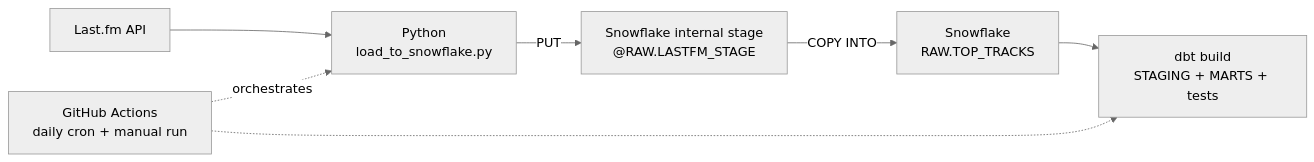
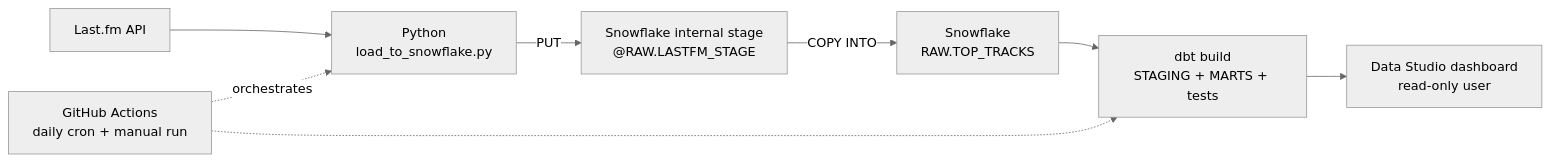
The first of 2 diagrams in README.md (Boiler82/lastfm-pipeline), drawn with Mermaid (neutral theme) before and after one commit. The commit also changed other lines of this file and 2 other files, not shown here.

Commit message:
Add Data Studio dashboard with read-only reporting user

````diff
--- a/README.md
+++ b/README.md
@@ -25,9 +27,10 @@
 ```mermaid
 flowchart LR
     A[Last.fm API] --> B[Python<br/>load_to_snowflake.py]
     B -- PUT --> C[Snowflake internal stage<br/>@RAW.LASTFM_STAGE]
     C -- COPY INTO --> D[Snowflake<br/>RAW.TOP_TRACKS]
     D --> E[dbt build<br/>STAGING + MARTS + tests]
+    E --> F[Data Studio dashboard<br/>read-only user]
     G[GitHub Actions<br/>daily cron + manual run] -.orchestrates.-> B
     G -.-> E
 ```
````
